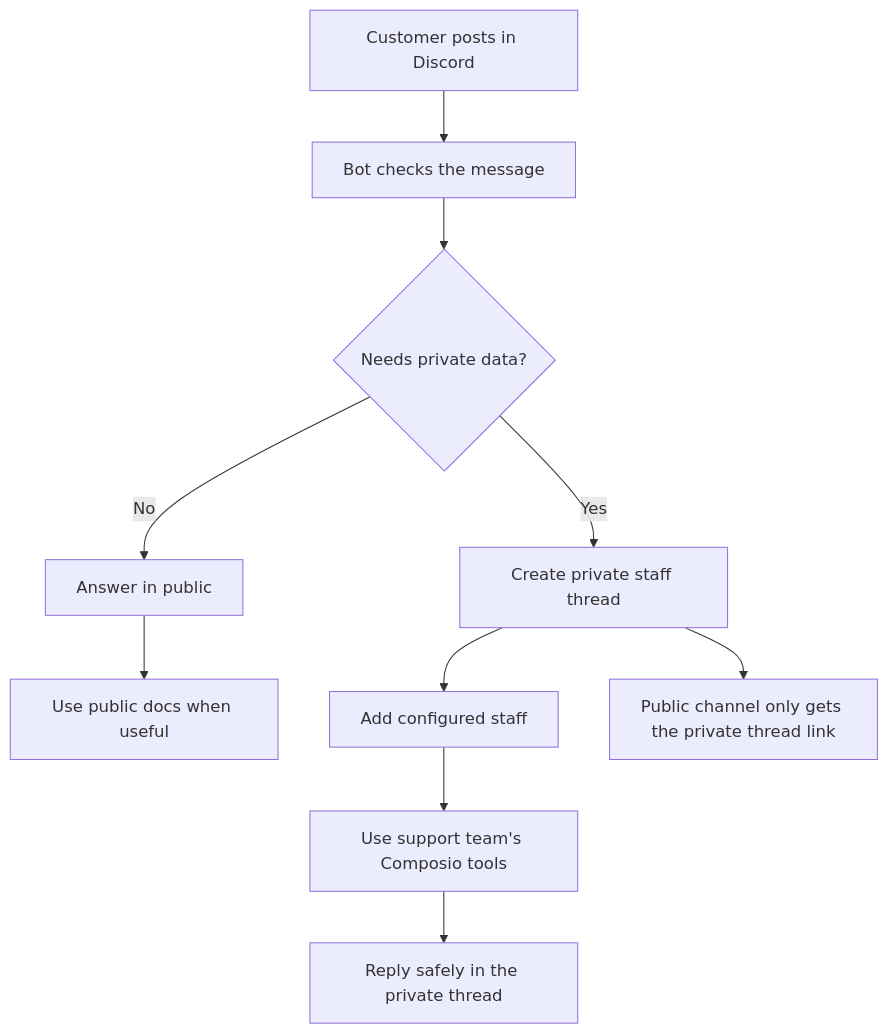
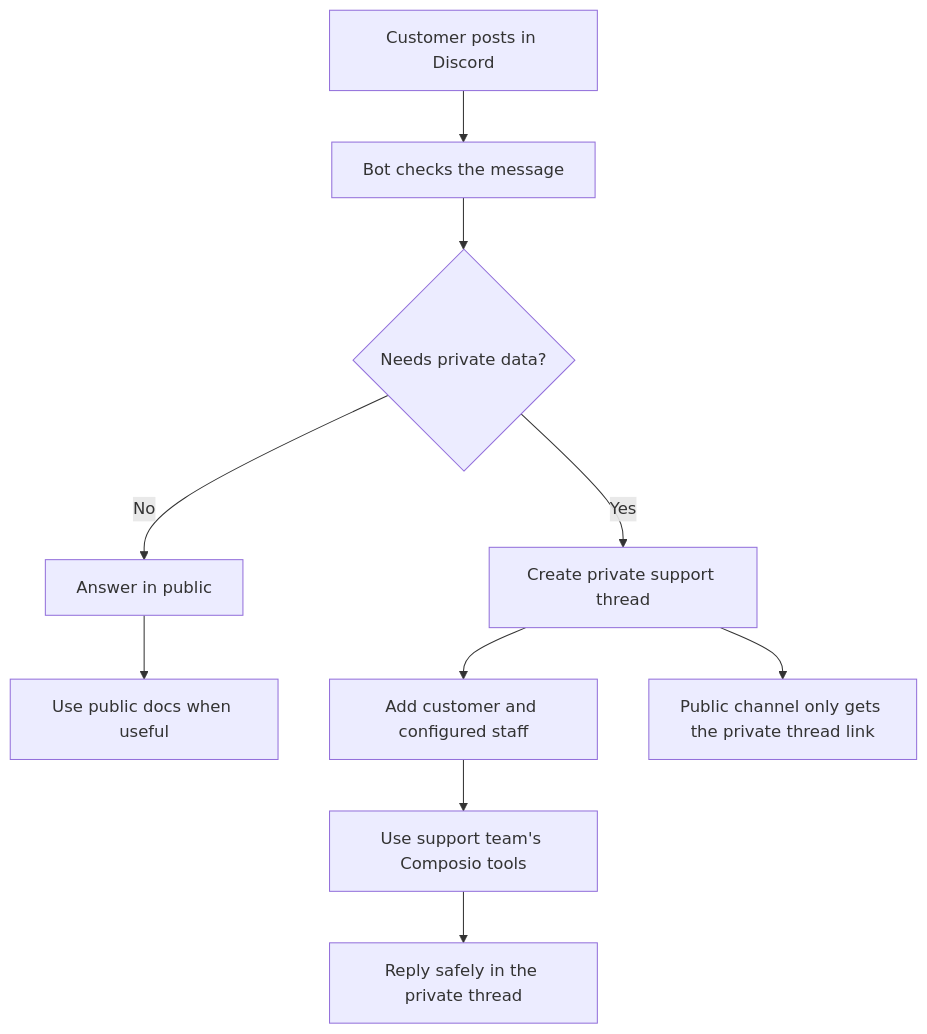
Before and after one commit to Malayvasa/composio-discord-support-bot: the diagram in README.md, drawn with Mermaid. The commit also changed other lines of this file and 10 other files, not shown here.

Commit message:
Add customer to private support threads

````diff
--- a/README.md
+++ b/README.md
@@ -33,15 +33,15 @@
 ```mermaid
 flowchart TD
   A["Customer posts in Discord"] --> B["Bot checks the message"]
   B --> C{"Needs private data?"}
 
   C -->|No| D["Answer in public"]
   D --> E["Use public docs when useful"]
 
-  C -->|Yes| F["Create private staff thread"]
-  F --> G["Add configured staff"]
+  C -->|Yes| F["Create private support thread"]
+  F --> G["Add customer and configured staff"]
   G --> H["Use support team's Composio tools"]
   H --> I["Reply safely in the private thread"]
 
   F --> J["Public channel only gets the private thread link"]
 ```
````
